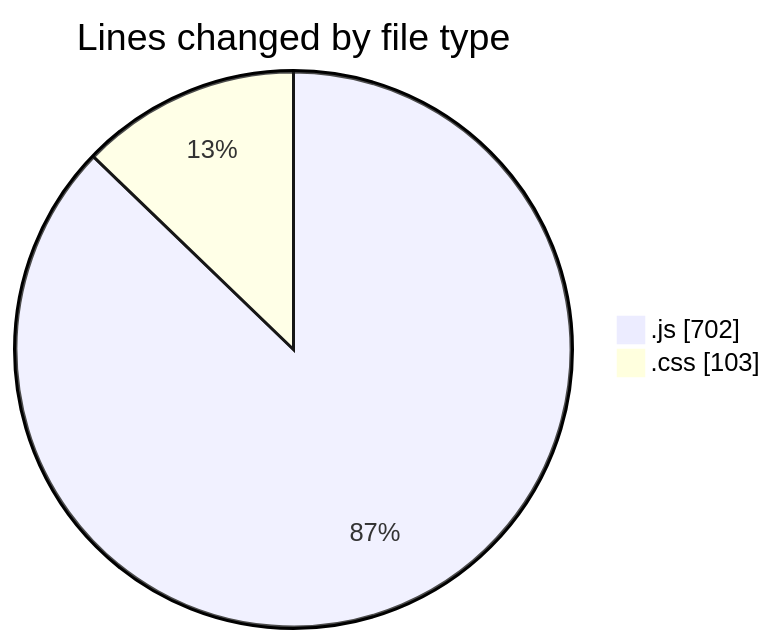
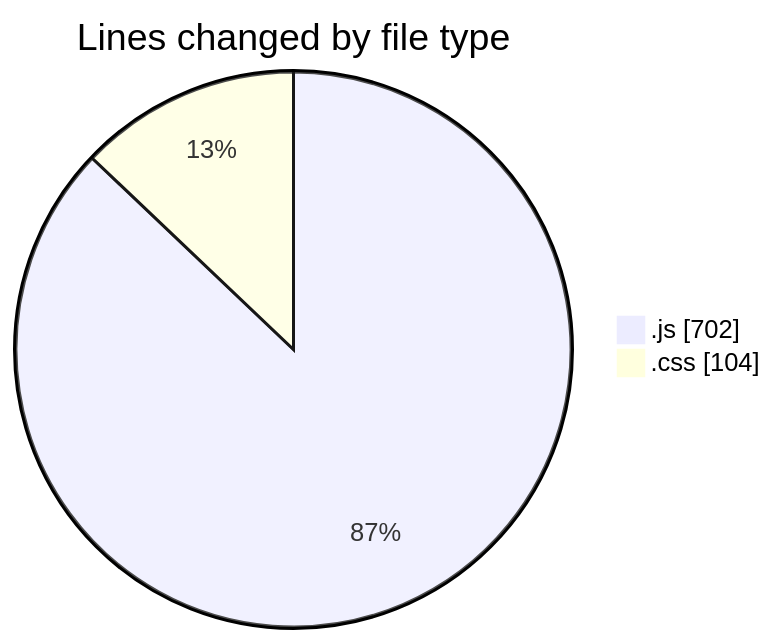
The first of 2 diagrams in 2025-07-20/mern-workoutboard/README.md (Ritupan-Deka/code-tracking), drawn with Mermaid before and after one commit. The commit also changed other lines of this file and 1 other file, not shown here.

````diff
--- a/2025-07-20/mern-workoutboard/README.md
+++ b/2025-07-20/mern-workoutboard/README.md
@@ -27,6 +27,6 @@
 ```mermaid
 pie showData
 title Lines changed by file type
 ".js" : 702
-".css" : 103
+".css" : 104
 ```
````
